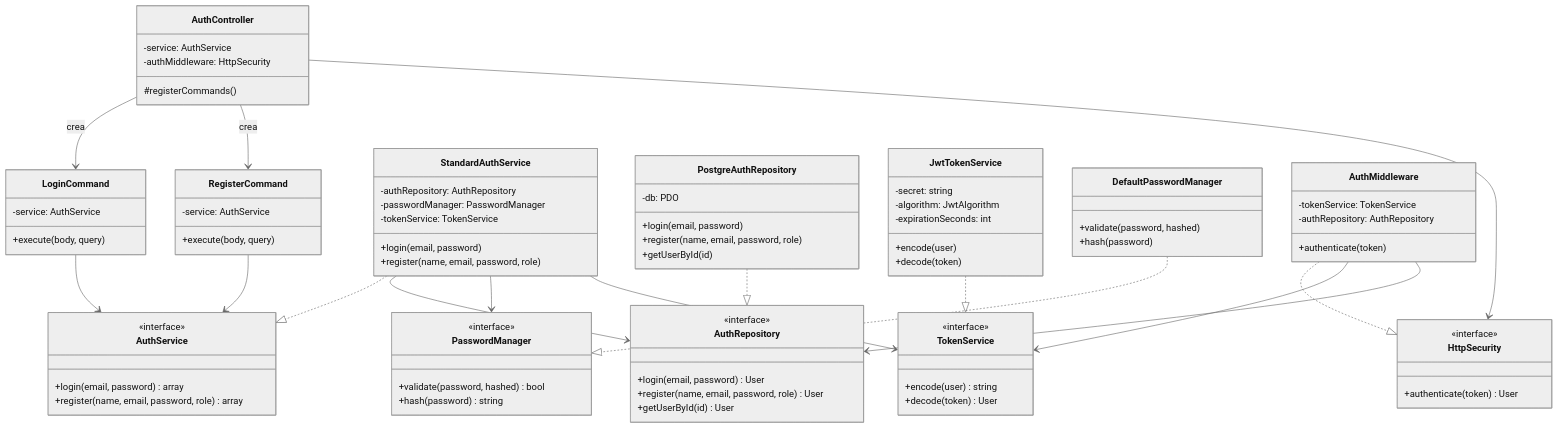
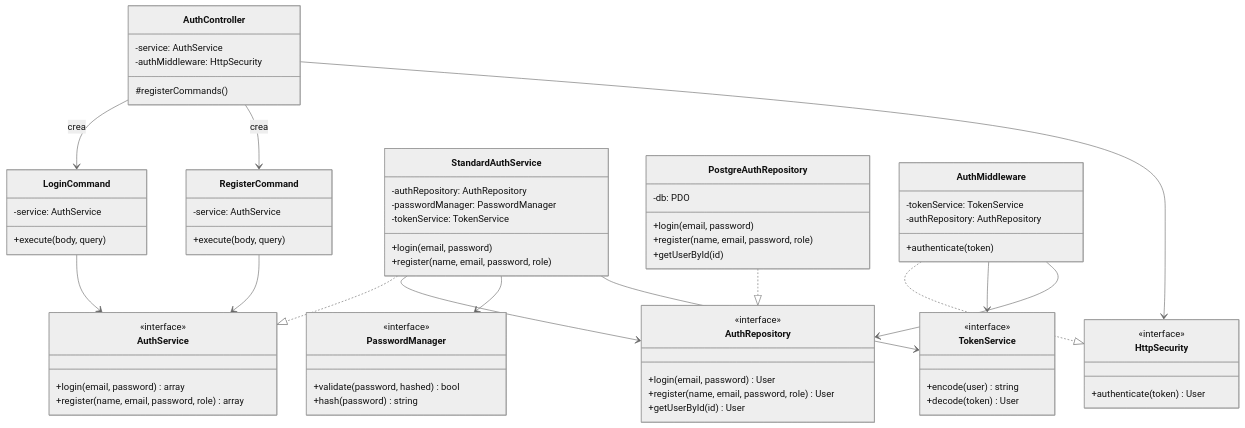
Before and after one commit to mb4dev/progetto-prova: the first of 3 diagrams in consegna docu/moduli/auth/backend/design.md, drawn with Mermaid (neutral theme). The commit also changed other lines of this file and 14 other files, not shown here.

```diff
--- a/consegna docu/moduli/auth/backend/design.md
+++ b/consegna docu/moduli/auth/backend/design.md
@@ -58,24 +58,12 @@
         +decode(token) User
     }
 
-    class JwtTokenService {
-        -secret: string
-        -algorithm: JwtAlgorithm
-        -expirationSeconds: int
-        +encode(user)
-        +decode(token)
-    }
-
     class PasswordManager {
         <<interface>>
         +validate(password, hashed) bool
         +hash(password) string
     }
 
-    class DefaultPasswordManager {
-        +validate(password, hashed)
-        +hash(password)
-    }
 
     class HttpSecurity {
         <<interface>>
@@ -98,8 +86,6 @@
     StandardAuthService --> PasswordManager
     StandardAuthService --> TokenService
     PostgreAuthRepository ..|> AuthRepository
-    JwtTokenService ..|> TokenService
-    DefaultPasswordManager ..|> PasswordManager
     AuthMiddleware ..|> HttpSecurity
     AuthMiddleware --> TokenService
     AuthMiddleware --> AuthRepository
```
